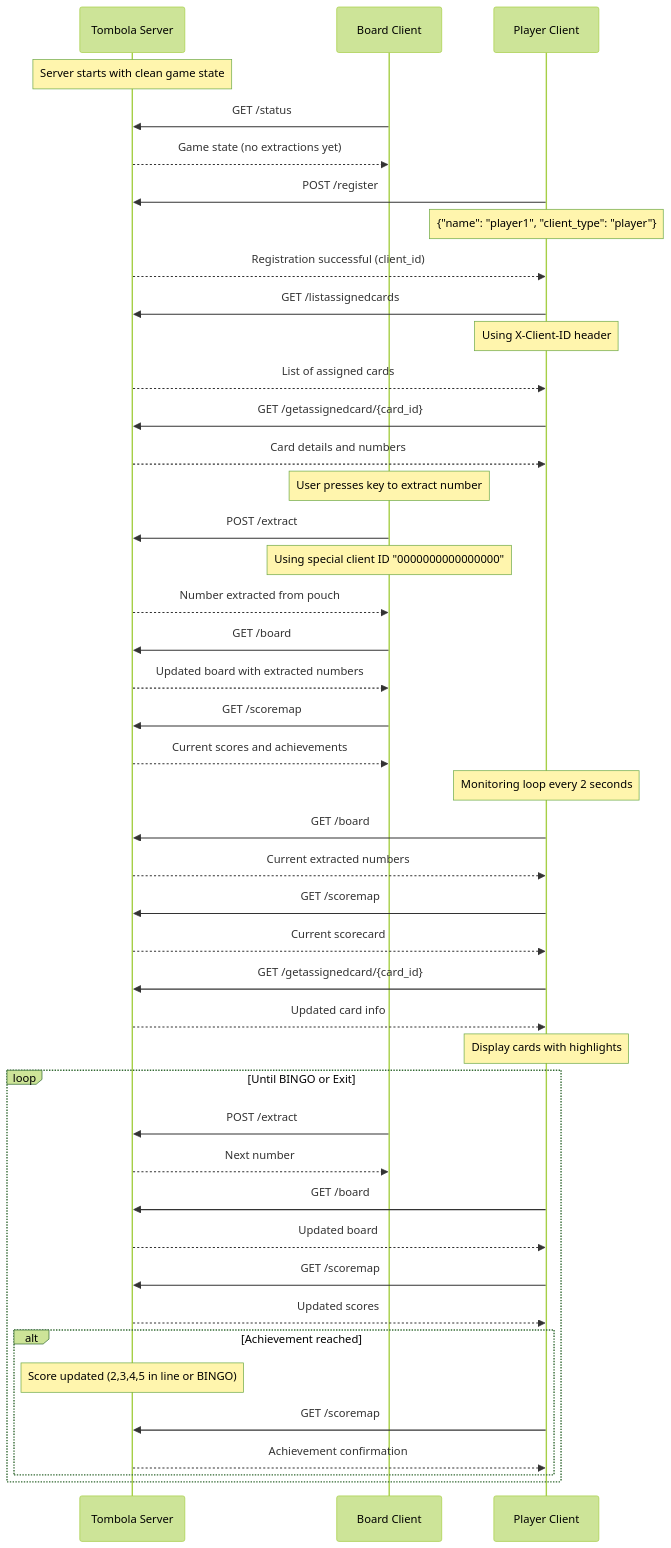
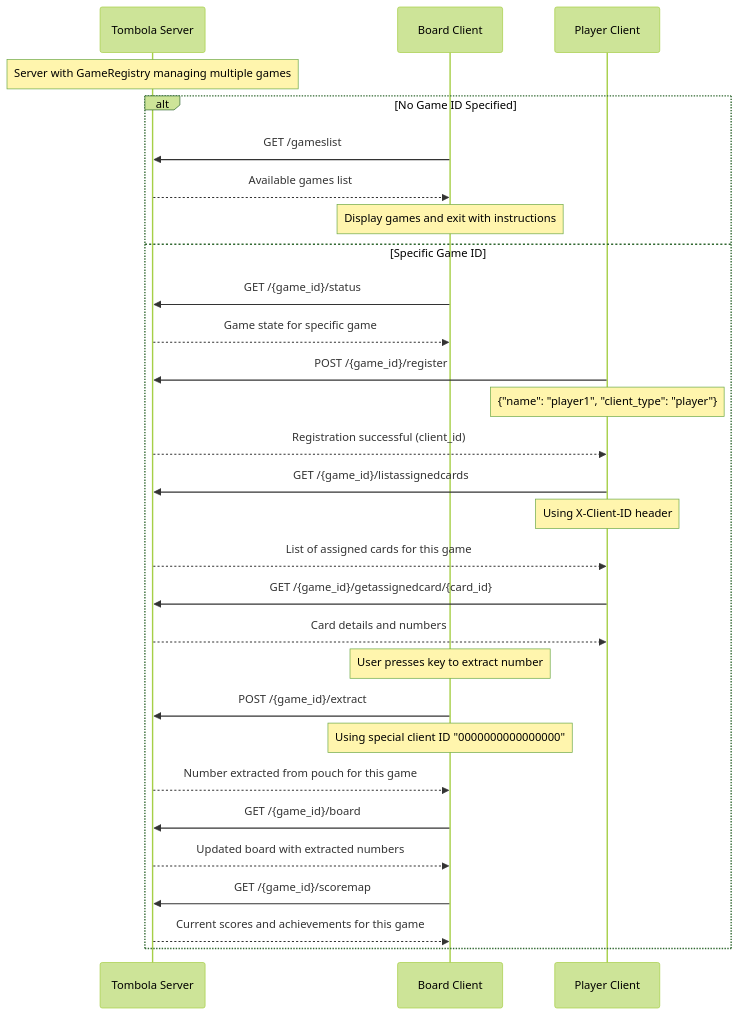
Before and after one commit to badbat75/tombola: the third of 11 diagrams in docs/FLOWS.md, drawn with Mermaid (forest theme). The commit also changed other lines of this file and 13 other files, not shown here.

First line of the commit message:
Implement multi-game architecture with GameRegistry system

````diff
--- a/docs/FLOWS.md
+++ b/docs/FLOWS.md
@@ -19,62 +65,39 @@
 ```mermaid
 sequenceDiagram
     participant S as Tombola Server
     participant BC as Board Client
     participant PC as Player Client
 
-    Note over S: Server starts with clean game state
+    Note over S: Server with GameRegistry managing multiple games
 
-    BC->>S: GET /status
-    S-->>BC: Game state (no extractions yet)
+    alt No Game ID Specified
+        BC->>S: GET /gameslist
+        S-->>BC: Available games list
+        Note over BC: Display games and exit with instructions
+    else Specific Game ID
+        BC->>S: GET /{game_id}/status
+        S-->>BC: Game state for specific game
 
-    PC->>S: POST /register
-    Note over PC: {"name": "player1", "client_type": "player"}
-    S-->>PC: Registration successful (client_id)
+        PC->>S: POST /{game_id}/register
+        Note over PC: {"name": "player1", "client_type": "player"}
+        S-->>PC: Registration successful (client_id)
 
-    PC->>S: GET /listassignedcards
-    Note over PC: Using X-Client-ID header
-    S-->>PC: List of assigned cards
+        PC->>S: GET /{game_id}/listassignedcards
+        Note over PC: Using X-Client-ID header
+        S-->>PC: List of assigned cards for this game
 
-    PC->>S: GET /getassignedcard/{card_id}
-    S-->>PC: Card details and numbers
+        PC->>S: GET /{game_id}/getassignedcard/{card_id}
+        S-->>PC: Card details and numbers
 
-    Note over BC: User presses key to extract number
-    BC->>S: POST /extract
-    Note over BC: Using special client ID "0000000000000000"
-    S-->>BC: Number extracted from pouch
+        Note over BC: User presses key to extract number
+        BC->>S: POST /{game_id}/extract
+        Note over BC: Using special client ID "0000000000000000"
+        S-->>BC: Number extracted from pouch for this game
 
-    BC->>S: GET /board
-    S-->>BC: Updated board with extracted numbers
+        BC->>S: GET /{game_id}/board
+        S-->>BC: Updated board with extracted numbers
 
-    BC->>S: GET /scoremap
-    S-->>BC: Current scores and achievements
-
-    Note over PC: Monitoring loop every 2 seconds
-    PC->>S: GET /board
-    S-->>PC: Current extracted numbers
-
-    PC->>S: GET /scoremap
-    S-->>PC: Current scorecard
-
-    PC->>S: GET /getassignedcard/{card_id}
-    S-->>PC: Updated card info
-
-    Note over PC: Display cards with highlights
-
-    loop Until BINGO or Exit
-        BC->>S: POST /extract
-        S-->>BC: Next number
-
-        PC->>S: GET /board
-        S-->>PC: Updated board
-
-        PC->>S: GET /scoremap
-        S-->>PC: Updated scores
-
-        alt Achievement reached
-            Note over S: Score updated (2,3,4,5 in line or BINGO)
-            PC->>S: GET /scoremap
-            S-->>PC: Achievement confirmation
-        end
+        BC->>S: GET /{game_id}/scoremap
+        S-->>BC: Current scores and achievements for this game
     end
 ```
````
